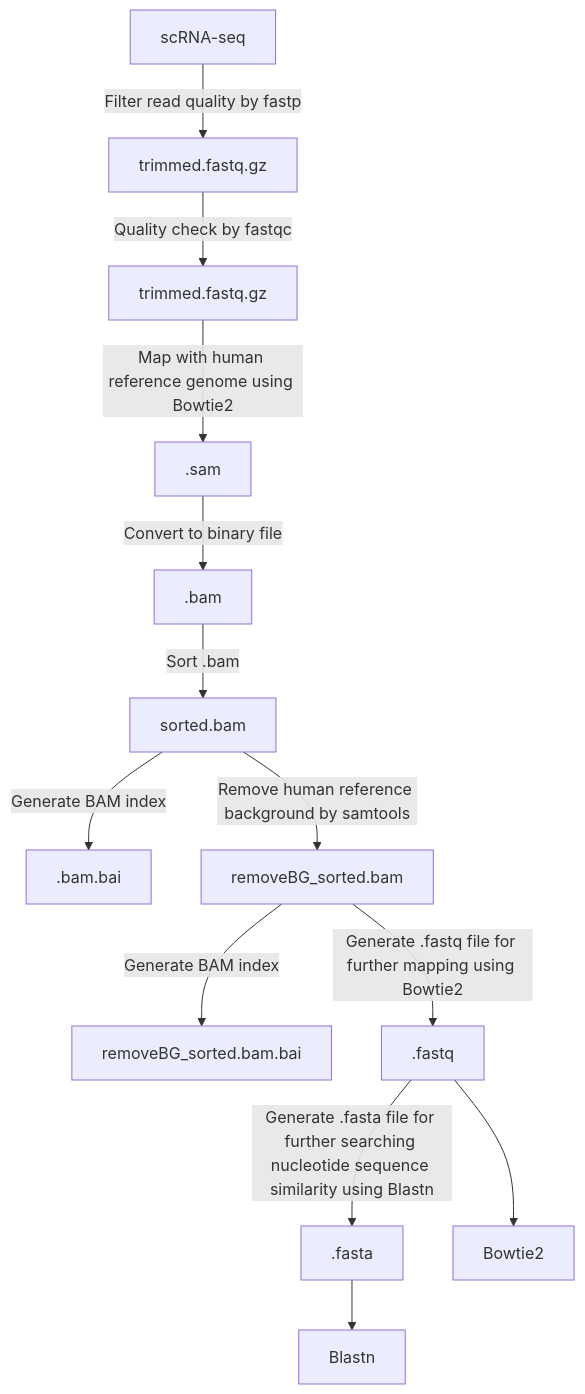
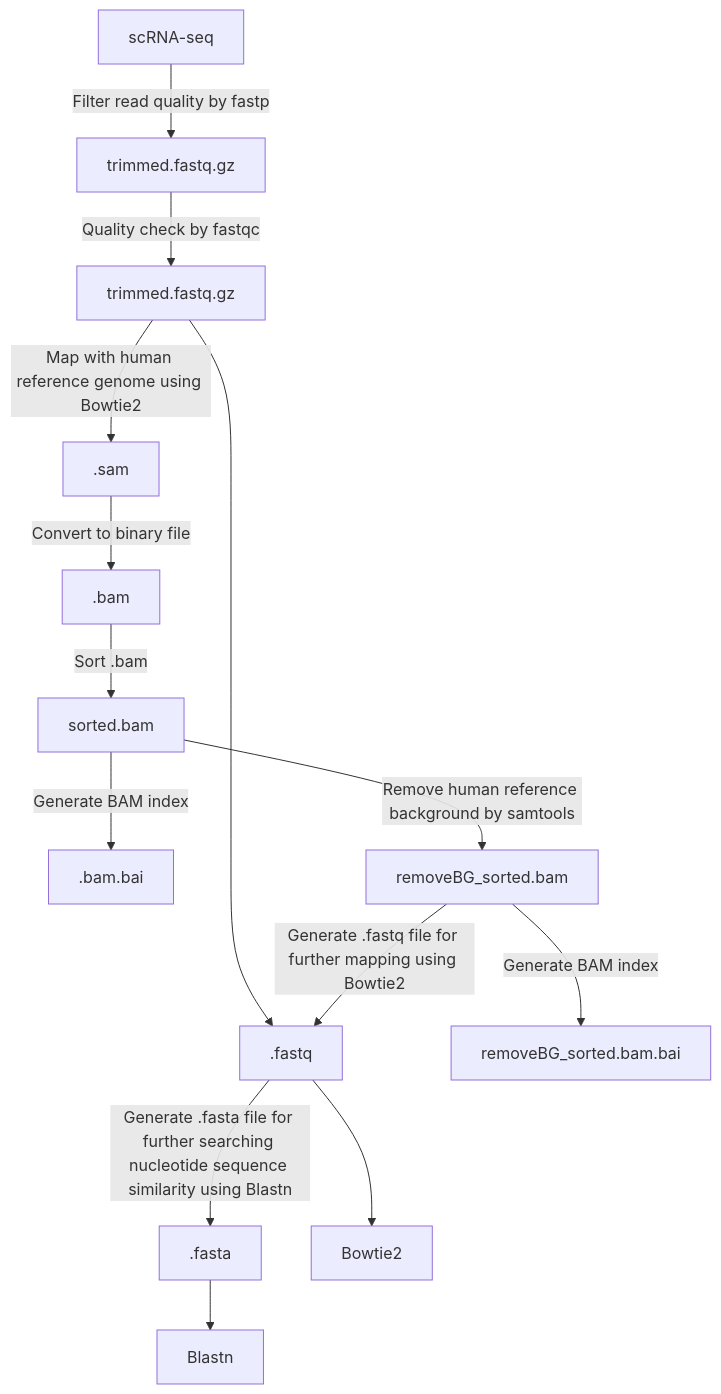
One commit to julaneelee/Human-viruses-detection-in-scRNA-seq changed the diagram in README.md. Above: the diagram before and after it, drawn with Mermaid. The commit also changed other lines of this file, not shown here.

````diff
--- a/README.md
+++ b/README.md
@@ -11,17 +11,18 @@
 ```mermaid
 graph TD;
     A[scRNA-seq]-->|Filter read quality by fastp| B[trimmed.fastq.gz];
     B-->|Quality check by fastqc| C[trimmed.fastq.gz];
+    C-->J[.fastq];
     C-->|Map with human reference genome using Bowtie2| D[.sam];
     D-->|Convert to binary file| E[.bam];
     E-->|Sort .bam| F[sorted.bam];
     F-->|Generate BAM index| G[.bam.bai];
     F-->|Remove human reference background by samtools| H[removeBG_sorted.bam] ;
     H-->|Generate BAM index| I[removeBG_sorted.bam.bai];
     H-->|Generate .fastq file for further mapping using Bowtie2| J[.fastq];
     J-->|Generate .fasta file for further searching nucleotide sequence similarity using Blastn| K[.fasta];
     J-->L[Bowtie2];
     K-->M[Blastn];
   
     
 ```
````
